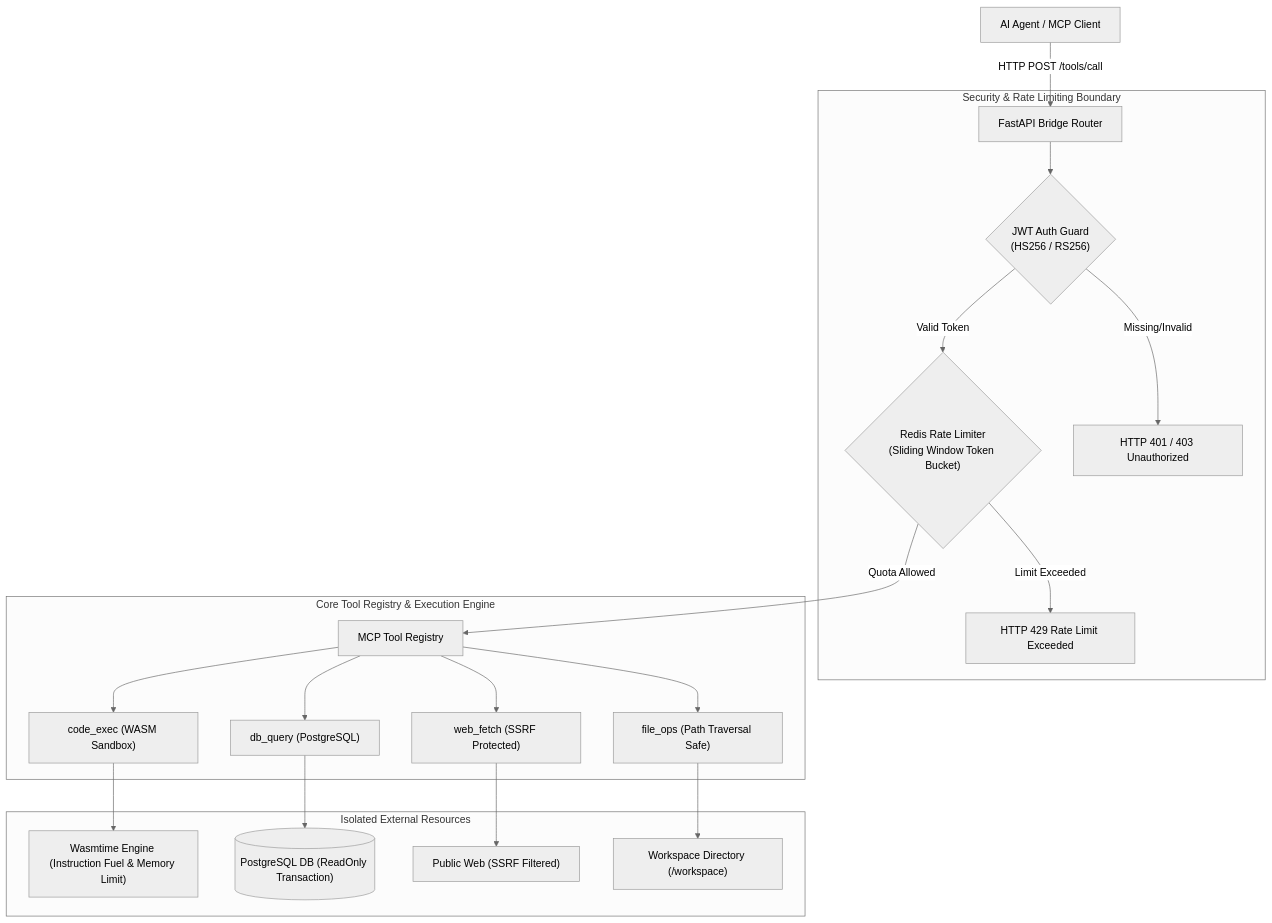
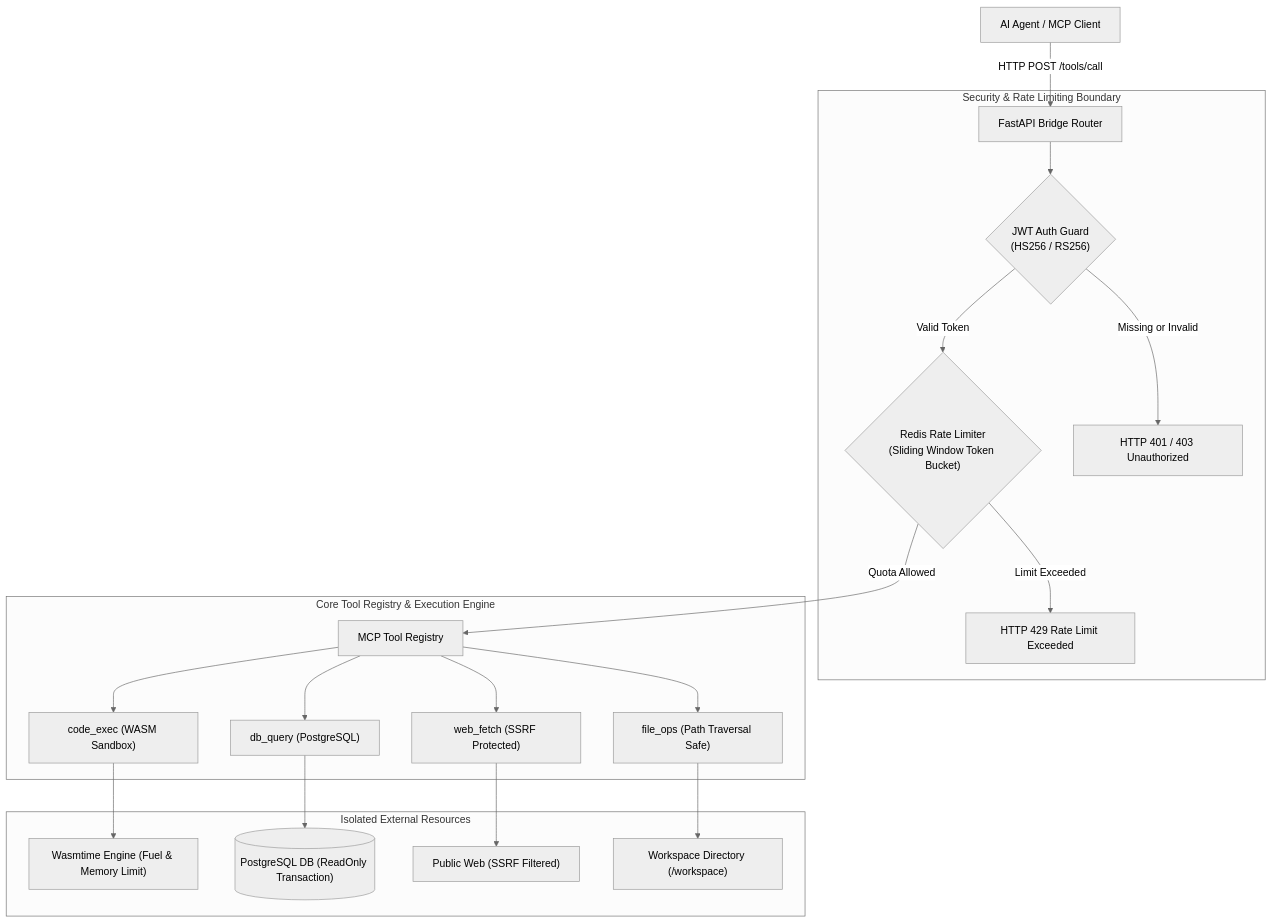
Before and after one commit to adarshthakur9240/Isolyth: the first of 10 diagrams in README.md, drawn with Mermaid (neutral theme). The commit also changed other lines of this file, not shown here.

Commit message:
fix(docs): quote all Mermaid edge labels and clean classDiagram syntax for GitHub rich display

````diff
--- a/README.md
+++ b/README.md
@@ -53,26 +53,26 @@
 ```mermaid
 flowchart TD
-    Client["AI Agent / MCP Client"] -->|HTTP POST /tools/call| Router["FastAPI Bridge Router"]
+    Client["AI Agent / MCP Client"] -->|"HTTP POST /tools/call"| Router["FastAPI Bridge Router"]
     
     subgraph SecurityBoundary["Security & Rate Limiting Boundary"]
         Router --> AuthGuard{"JWT Auth Guard\n(HS256 / RS256)"}
-        AuthGuard -->|Valid Token| RateLimiter{"Redis Rate Limiter\n(Sliding Window Token Bucket)"}
-        AuthGuard -->|Missing/Invalid| AuthErr["HTTP 401 / 403 Unauthorized"]
-        RateLimiter -->|Limit Exceeded| RateErr["HTTP 429 Rate Limit Exceeded"]
+        AuthGuard -->|"Valid Token"| RateLimiter{"Redis Rate Limiter\n(Sliding Window Token Bucket)"}
+        AuthGuard -->|"Missing or Invalid"| AuthErr["HTTP 401 / 403 Unauthorized"]
+        RateLimiter -->|"Limit Exceeded"| RateErr["HTTP 429 Rate Limit Exceeded"]
     end
     
     subgraph ExecutionEngine["Core Tool Registry & Execution Engine"]
-        RateLimiter -->|Quota Allowed| Registry["MCP Tool Registry"]
+        RateLimiter -->|"Quota Allowed"| Registry["MCP Tool Registry"]
         Registry --> CodeExec["code_exec (WASM Sandbox)"]
         Registry --> DbQuery["db_query (PostgreSQL)"]
         Registry --> WebFetch["web_fetch (SSRF Protected)"]
         Registry --> FileOps["file_ops (Path Traversal Safe)"]
     end
 
     subgraph SandboxedResources["Isolated External Resources"]
-        CodeExec --> WasmEngine["Wasmtime Engine (Instruction Fuel & Memory Limit)"]
+        CodeExec --> WasmEngine["Wasmtime Engine (Fuel & Memory Limit)"]
         DbQuery --> ReadOnlyDB[("PostgreSQL DB (ReadOnly Transaction)")]
         WebFetch --> PublicNet["Public Web (SSRF Filtered)"]
         FileOps --> WorkspaceDir["Workspace Directory (/workspace)"]
     end
 ```
````
